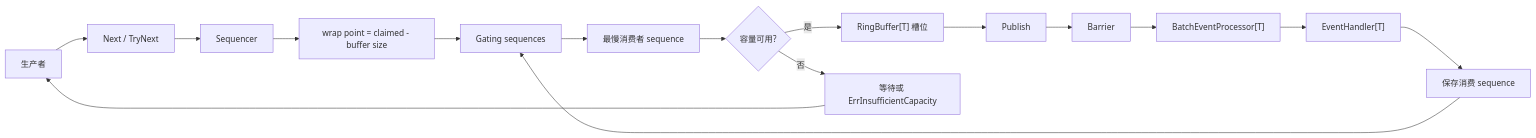
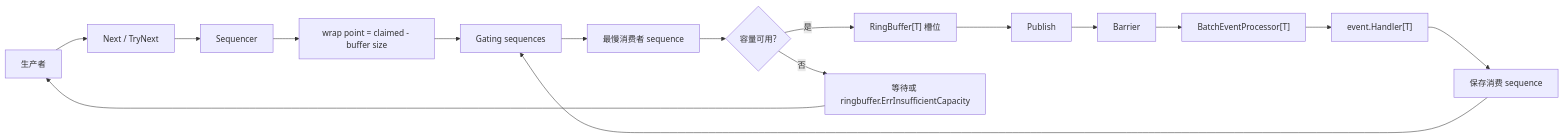
The fifth of 5 diagrams in README.zh-CN.md (photowey/disruptor.go), drawn with Mermaid before and after one commit. The commit also changed other lines of this file and 85 other files, not shown here.

````diff
--- a/README.zh-CN.md
+++ b/README.zh-CN.md
@@ -404,18 +417,18 @@
 ```mermaid
 flowchart LR
     P["生产者"] --> Claim["Next / TryNext"]
     Claim --> S["Sequencer"]
     S --> Wrap["wrap point = claimed - buffer size"]
     Wrap --> G["Gating sequences"]
     G --> Slow["最慢消费者 sequence"]
     Slow --> Capacity{"容量可用?"}
     Capacity -->|是| Slot["RingBuffer[T] 槽位"]
-    Capacity -->|否| Wait["等待或 ErrInsufficientCapacity"]
+    Capacity -->|否| Wait["等待或 ringbuffer.ErrInsufficientCapacity"]
     Slot --> Pub["Publish"]
     Pub --> B["Barrier"]
     B --> EP["BatchEventProcessor[T]"]
-    EP --> H["EventHandler[T]"]
+    EP --> H["event.Handler[T]"]
     H --> Store["保存消费 sequence"]
     Store --> G
     Wait --> P
 ```
````
